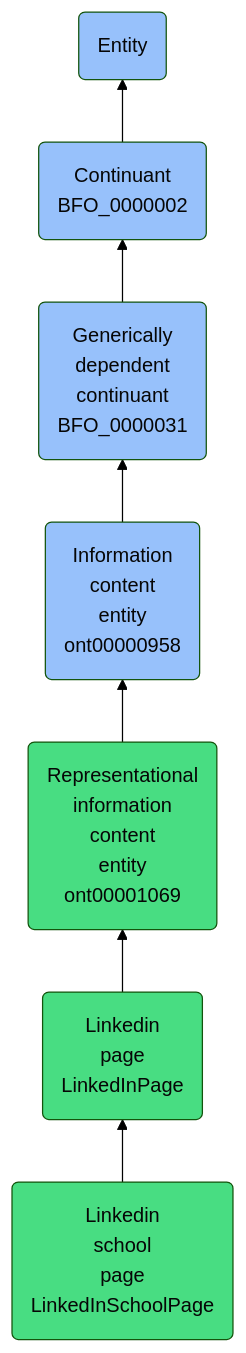
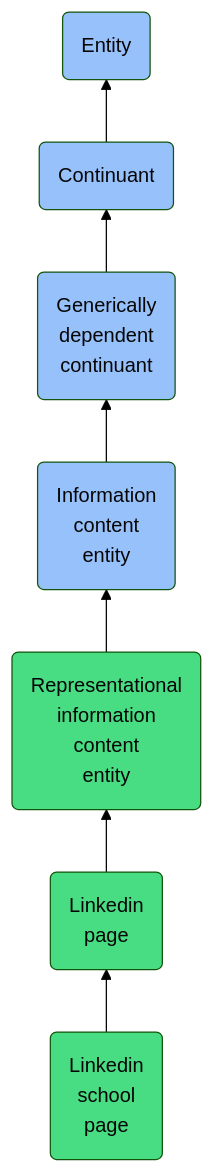
Before and after one commit to jupyter-naas/abi: the diagram in docs/ontology/reference/model/Entity/Continuant/Generically dependent continuant/Information content entity/Representational information content entity/Linkedin page/Linkedin school page/Linkedin school page.md, drawn with Mermaid (forest theme). The commit also changed other lines of this file and 1430 other files, not shown here.

````diff
--- a/docs/ontology/reference/model/Entity/Continuant/Generically dependent continuant/Information content entity/Representational information content entity/Linkedin page/Linkedin school page/Linkedin school page.md
+++ b/docs/ontology/reference/model/Entity/Continuant/Generically dependent continuant/Information content entity/Representational information content entity/Linkedin page/Linkedin school page/Linkedin school page.md
@@ -24,14 +24,14 @@
 ```mermaid
 graph BT
-    LinkedInSchoolPage(Linkedin<br>school<br>page<br>LinkedInSchoolPage):::ABI-->LinkedInPage
-    LinkedInPage(Linkedin<br>page<br>LinkedInPage):::ABI-->ont00001069
-    ont00001069(Representational<br>information<br>content<br>entity<br>ont00001069):::ABI-->ont00000958
-    ont00000958(Information<br>content<br>entity<br>ont00000958):::BFO-->BFO_0000031
-    BFO_0000031(Generically<br>dependent<br>continuant<br>BFO_0000031):::BFO-->BFO_0000002
-    BFO_0000002(Continuant<br>BFO_0000002):::BFO-->BFO_0000001
+    LinkedInSchoolPage(Linkedin<br>school<br>page):::ABI-->LinkedInPage
+    LinkedInPage(Linkedin<br>page):::ABI-->ont00001069
+    ont00001069(Representational<br>information<br>content<br>entity):::ABI-->ont00000958
+    ont00000958(Information<br>content<br>entity):::BFO-->BFO_0000031
+    BFO_0000031(Generically<br>dependent<br>continuant):::BFO-->BFO_0000002
+    BFO_0000002(Continuant):::BFO-->BFO_0000001
     BFO_0000001(Entity):::BFO
     
     classDef BFO fill:#97c1fb,color:#060606
     classDef CCO fill:#e4c51e,color:#060606
     classDef ABI fill:#48DD82,color:#060606
 ```
````
